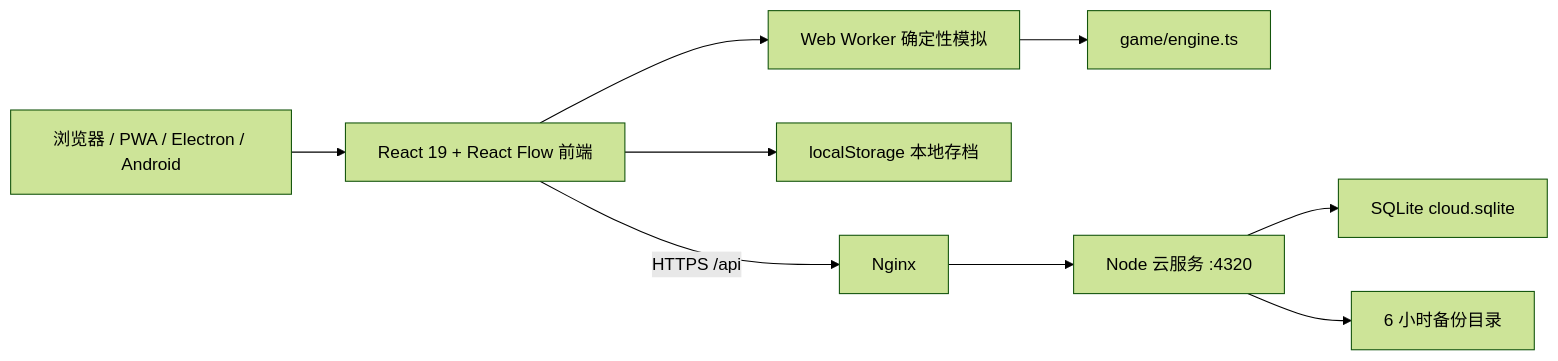
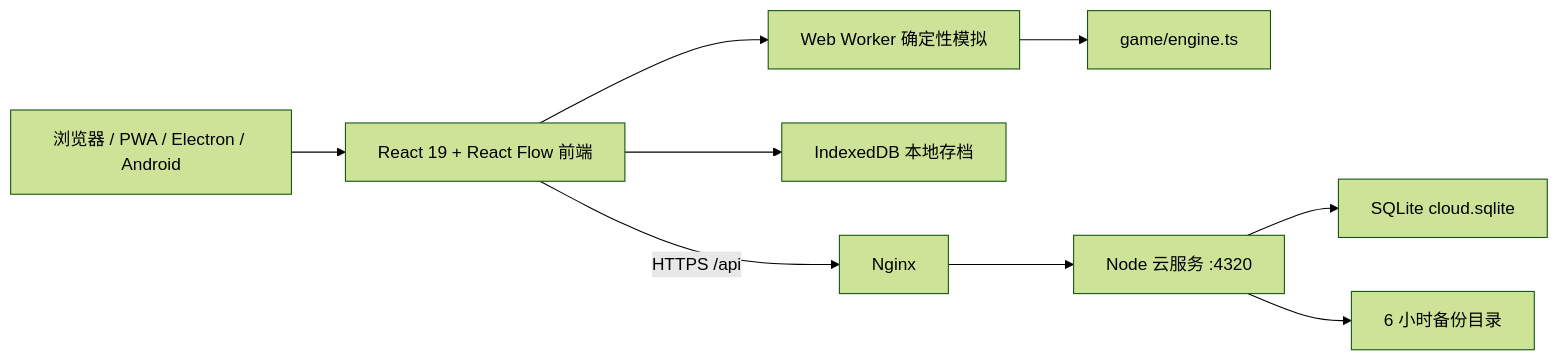
One commit to smanx/DSPONLINE changed the diagram in docs/ARCHITECTURE.md. Above: the diagram before and after it, drawn with Mermaid (forest theme). The commit also changed other lines of this file and 80 other files, not shown here.

````diff
--- a/docs/ARCHITECTURE.md
+++ b/docs/ARCHITECTURE.md
@@ -5,11 +5,11 @@
 ```mermaid
 flowchart LR
   U["浏览器 / PWA / Electron / Android"] --> F["React 19 + React Flow 前端"]
   F --> W["Web Worker 确定性模拟"]
   W --> E["game/engine.ts"]
-  F --> L["localStorage 本地存档"]
+  F --> L["IndexedDB 本地存档"]
   F -->|"HTTPS /api"| N["Nginx"]
   N --> S["Node 云服务 :4320"]
   S --> D["SQLite cloud.sqlite"]
   S --> B["6 小时备份目录"]
 ```
````
